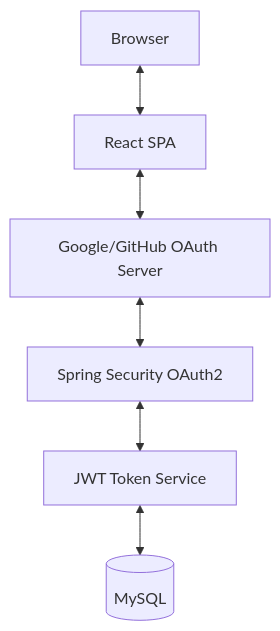
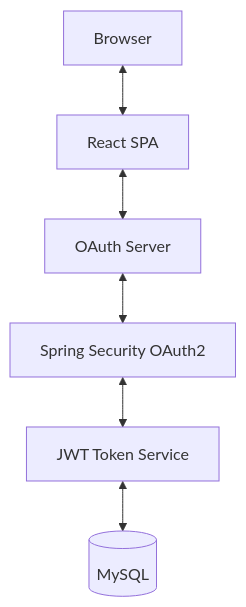
The diagram in README.md (sharado/Full-Stack-OAuth2.0-with-JWT), drawn with Mermaid before and after one commit.

````diff
--- a/README.md
+++ b/README.md
@@ -23,15 +23,15 @@
 ```mermaid
 flowchart TD
     A[Browser]
     B[React SPA]
-    C[Google/GitHub OAuth Server]
+    C[OAuth Server]
     D[Spring Security OAuth2]
     E[JWT Token Service]
     F[(MySQL)]
 
     A <--> B
     B <--> C
     C <--> D
     D <--> E
     E <--> F
 ```
````
